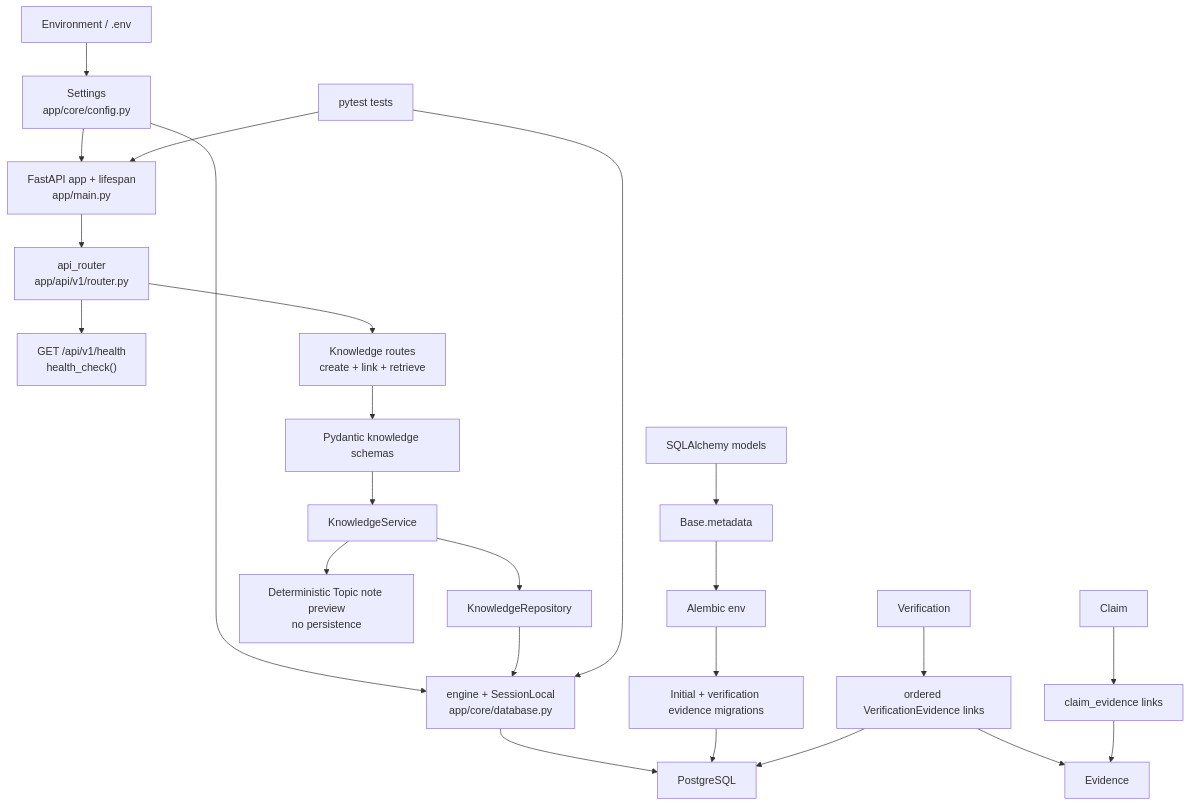
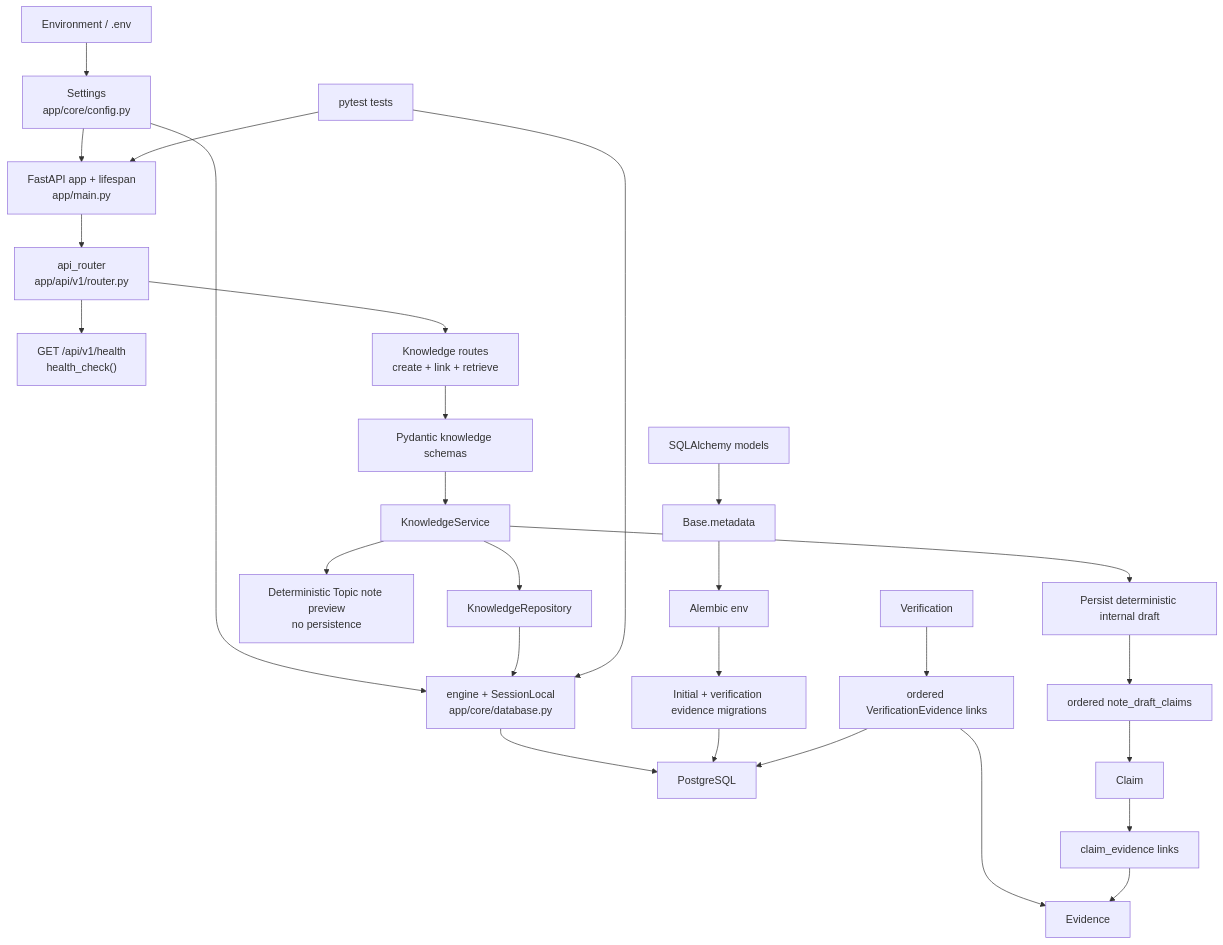
Before and after one commit to Dyuti60/assam-exam-ai: the first of 12 diagrams in docs/workflow.md, drawn with Mermaid. The commit also changed other lines of this file and 12 other files, not shown here.

````diff
--- a/docs/workflow.md
+++ b/docs/workflow.md
@@ -9,26 +9,29 @@
 ```mermaid
 flowchart TD
     ENV["Environment / .env"] --> CFG["Settings\napp/core/config.py"]
     CFG --> APP["FastAPI app + lifespan\napp/main.py"]
     CFG --> DB["engine + SessionLocal\napp/core/database.py"]
     APP --> V1["api_router\napp/api/v1/router.py"]
     V1 --> HEALTH["GET /api/v1/health\nhealth_check()"]
     V1 --> KNOWLEDGE["Knowledge routes\ncreate + link + retrieve"]
     KNOWLEDGE --> CONTRACTS["Pydantic knowledge schemas"]
     CONTRACTS --> SERVICE["KnowledgeService"]
     SERVICE --> REPOSITORY["KnowledgeRepository"]
     REPOSITORY --> DB
     SERVICE --> PREVIEW["Deterministic Topic note preview\nno persistence"]
+    SERVICE --> DRAFT["Persist deterministic internal draft"]
     DB --> POSTGRES["PostgreSQL"]
     MODELS["SQLAlchemy models"] --> META["Base.metadata"]
     META --> ALEMBIC["Alembic env"]
     ALEMBIC --> MIGRATION["Initial + verification evidence migrations"]
     MIGRATION --> POSTGRES
     VERIFICATION["Verification"] --> LINKS["ordered VerificationEvidence links"]
     LINKS --> EVIDENCE["Evidence"]
     CLAIM["Claim"] --> RELEVANT["claim_evidence links"]
     RELEVANT --> EVIDENCE
+    DRAFT --> DRAFT_LINKS["ordered note_draft_claims"]
+    DRAFT_LINKS --> CLAIM
     LINKS --> POSTGRES
     TESTS["pytest tests"] --> APP
     TESTS --> DB
 ```
````
